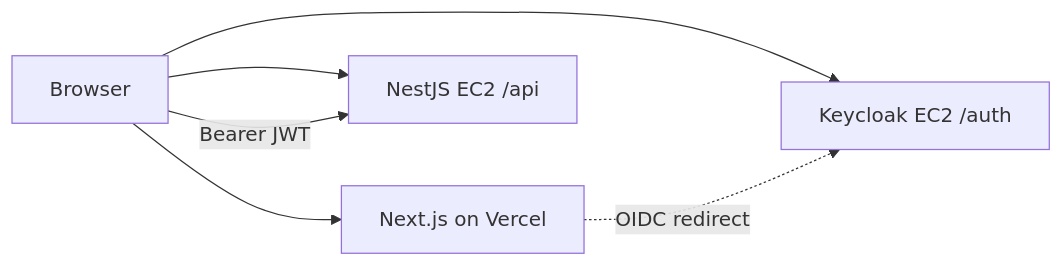
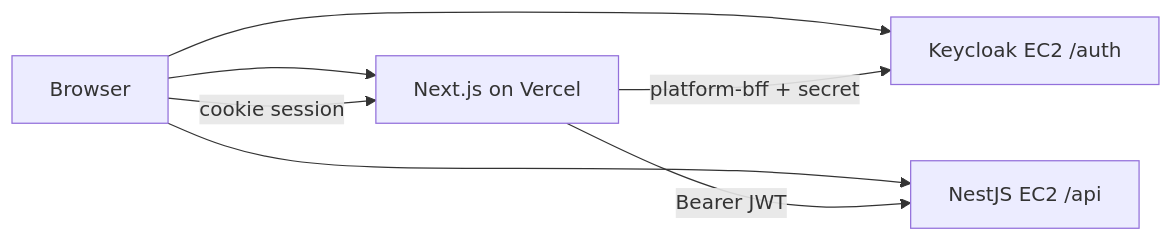
Before and after one commit to igor-chernetsky/Ant: the diagram in docs/deployment-vercel.md, drawn with Mermaid. The commit also changed other lines of this file and 9 other files, not shown here.

````diff
--- a/docs/deployment-vercel.md
+++ b/docs/deployment-vercel.md
@@ -86,8 +81,9 @@
 ```mermaid
 flowchart LR
   Browser --> Vercel[Next.js on Vercel]
   Browser --> KC[Keycloak EC2 /auth]
   Browser --> API[NestJS EC2 /api]
-  Vercel -.->|OIDC redirect| KC
-  Browser -->|Bearer JWT| API
+  Vercel -->|platform-bff + secret| KC
+  Browser -->|cookie session| Vercel
+  Vercel -->|Bearer JWT| API
 ```
````
